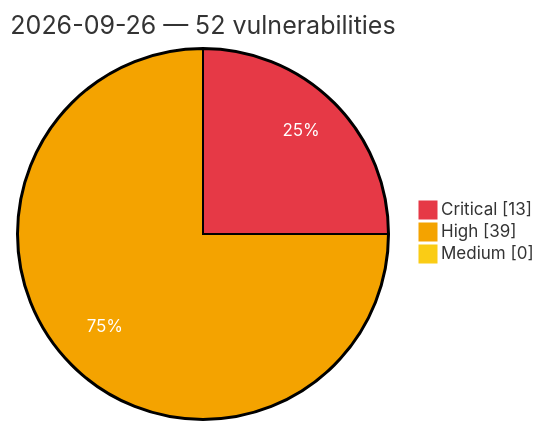
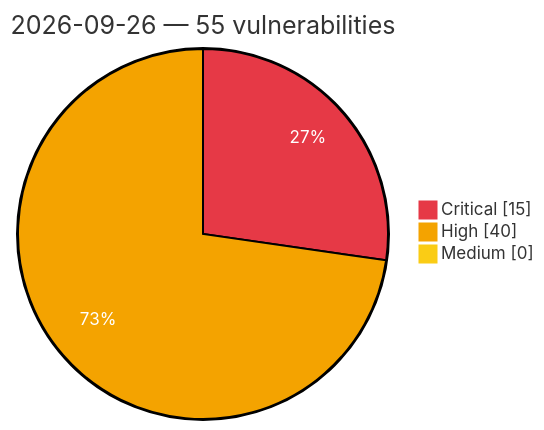
One commit to GhostX0X/vuln-tracker changed the diagram in vulnerabilities/2026/September/2026-09-26.md. Above: the diagram before and after it, drawn with Mermaid. The commit also changed other lines of this file and 5 other files, not shown here.

Commit message:
Auto update: critical/high vulns (2026-09-26 21:55 UTC)

````diff
--- a/vulnerabilities/2026/September/2026-09-26.md
+++ b/vulnerabilities/2026/September/2026-09-26.md
@@ -3,8 +3,8 @@
 ```mermaid
 %%{init: {'theme':'base', 'themeVariables': {'pie1':'#e63946', 'pie2':'#f4a300', 'pie3':'#facc15', 'pieOpacity':'1', 'pieOuterStrokeWidth':'2px', 'pieSectionTextColor':'#ffffff'}}}%%
 pie showData
-    title 2026-09-26 — 52 vulnerabilities
-    "Critical" : 13
-    "High" : 39
+    title 2026-09-26 — 55 vulnerabilities
+    "Critical" : 15
+    "High" : 40
     "Medium" : 0
 ```
````
